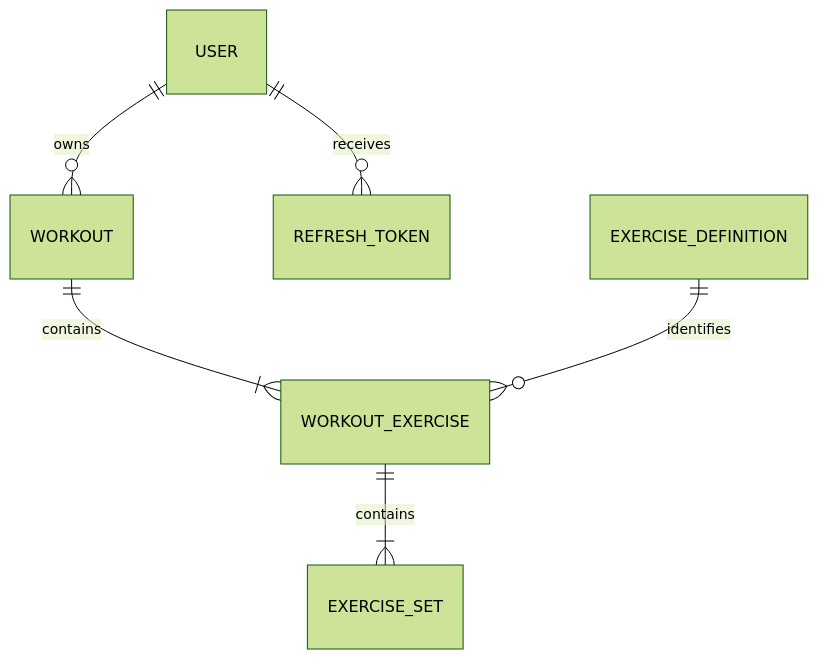
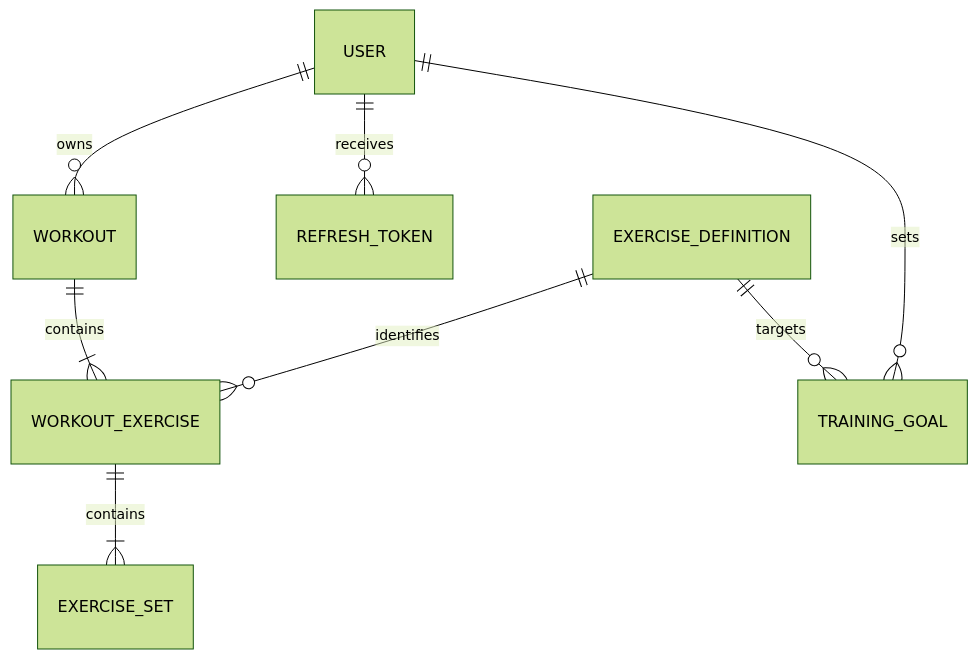
Before and after one commit to cosmiinn75/fitness-tracker-api: the diagram in README.md, drawn with Mermaid (forest theme). The commit also changed other lines of this file, not shown here.

First line of the commit message:
Enhance README with training goals and project details

````diff
--- a/README.md
+++ b/README.md
@@ -156,8 +177,10 @@
 ```mermaid
 erDiagram
     USER ||--o{ WORKOUT : owns
     USER ||--o{ REFRESH_TOKEN : receives
+    USER ||--o{ TRAINING_GOAL : sets
     WORKOUT ||--|{ WORKOUT_EXERCISE : contains
     EXERCISE_DEFINITION ||--o{ WORKOUT_EXERCISE : identifies
+    EXERCISE_DEFINITION ||--o{ TRAINING_GOAL : targets
     WORKOUT_EXERCISE ||--|{ EXERCISE_SET : contains
 ```
````
